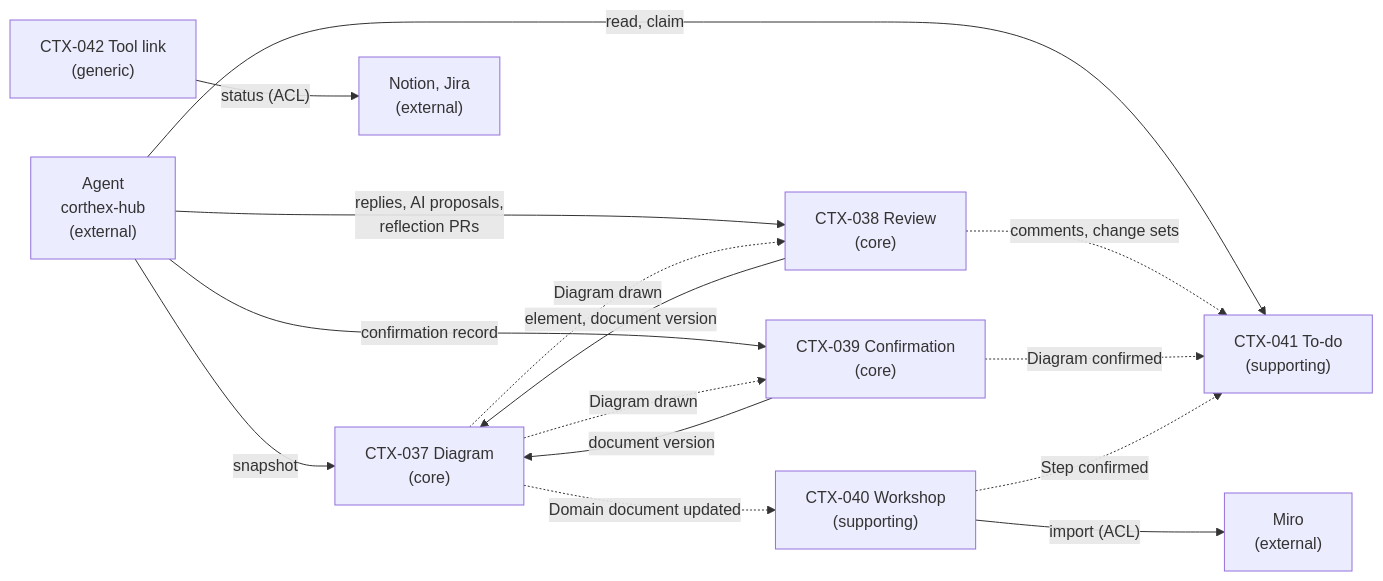
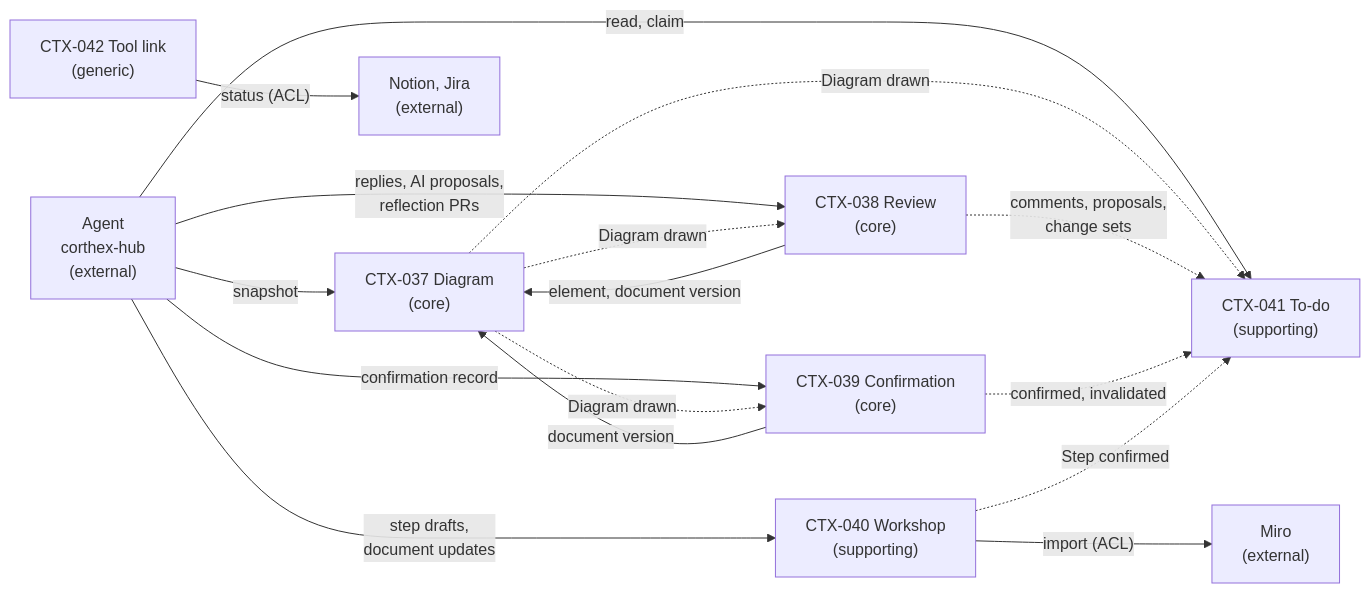
One commit to kodonghui/corthex-nexus changed the diagram in docs/01-domain/nexus.md. Above: the diagram before and after it, drawn with Mermaid. The commit also changed other lines of this file and 2 other files, not shown here.

First line of the commit message:
Correct the stage-01 design after its review

````diff
--- a/docs/01-domain/nexus.md
+++ b/docs/01-domain/nexus.md
@@ -255,27 +265,28 @@
 ```mermaid
 flowchart LR
   %% grammar: structure
   agent["Agent<br/>corthex-hub<br/>(external)"]
   diagram["CTX-037 Diagram<br/>(core)"]
   review["CTX-038 Review<br/>(core)"]
   confirm["CTX-039 Confirmation<br/>(core)"]
   workshop["CTX-040 Workshop<br/>(supporting)"]
   todo["CTX-041 To-do<br/>(supporting)"]
   toollink["CTX-042 Tool link<br/>(generic)"]
   tools["Notion, Jira<br/>(external)"]
   miro["Miro<br/>(external)"]
   agent -->|"snapshot"| diagram
   agent -->|"replies, AI proposals,<br/>reflection PRs"| review
   agent -->|"confirmation record"| confirm
   agent -->|"read, claim"| todo
+  agent -->|"step drafts,<br/>document updates"| workshop
   review -->|"element, document version"| diagram
   confirm -->|"document version"| diagram
   diagram -.->|"Diagram drawn"| review
   diagram -.->|"Diagram drawn"| confirm
-  diagram -.->|"Domain document updated"| workshop
-  review -.->|"comments, change sets"| todo
-  confirm -.->|"Diagram confirmed"| todo
+  diagram -.->|"Diagram drawn"| todo
+  review -.->|"comments, proposals,<br/>change sets"| todo
+  confirm -.->|"confirmed, invalidated"| todo
   workshop -.->|"Step confirmed"| todo
   toollink -->|"status (ACL)"| tools
   workshop -->|"import (ACL)"| miro
 ```
````
